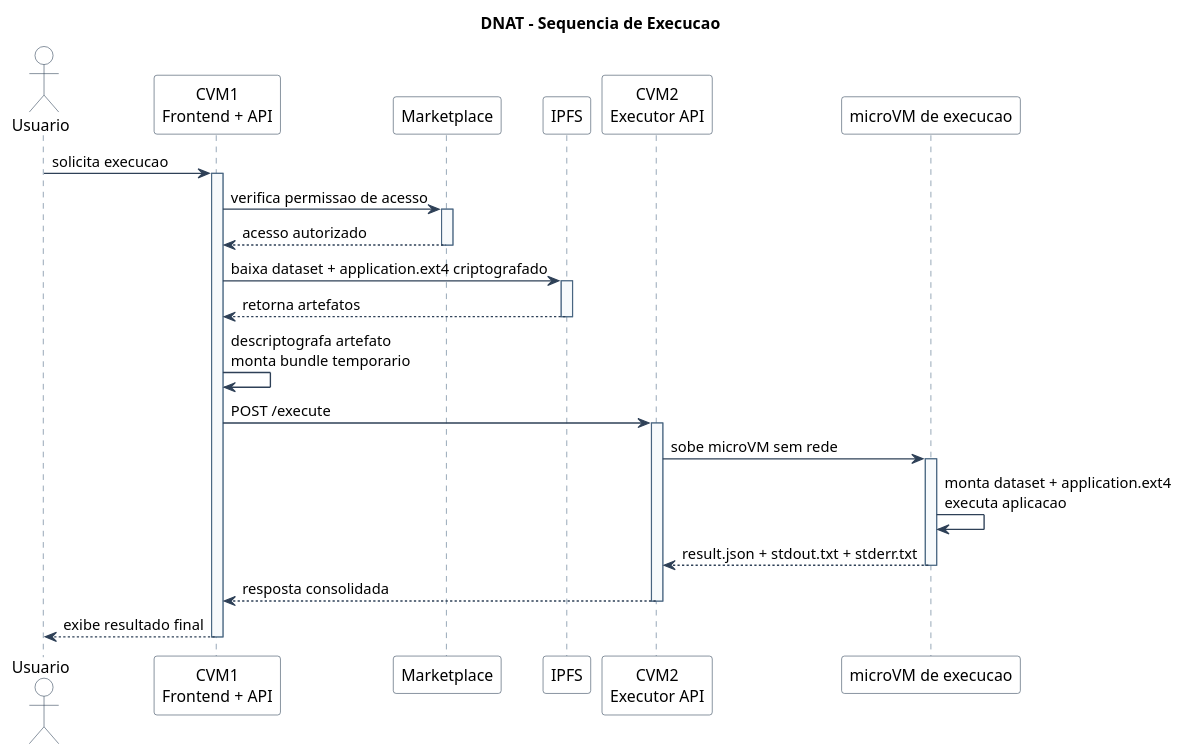
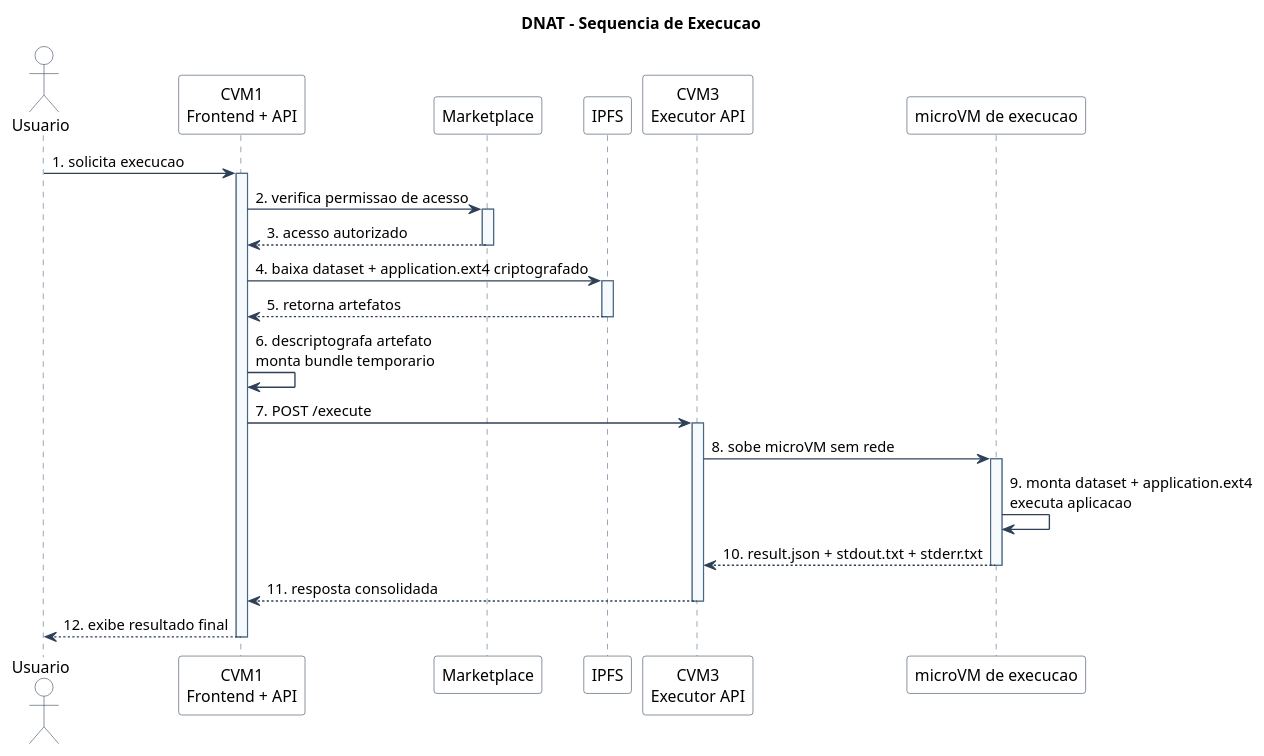
The diagram in docs/diagrams/execution-sequence.puml (lesorty/dnat-identity-validator), drawn with PlantUML before and after one commit. The commit also changed 6 other files, not shown here.

Commit message:
diagrams update

```diff
--- a/docs/diagrams/execution-sequence.puml
+++ b/docs/diagrams/execution-sequence.puml
@@ -1,48 +1,48 @@
 @startuml
 title DNAT - Sequencia de Execucao
 
 skinparam backgroundColor white
 skinparam shadowing false
 skinparam defaultFontName Arial
 skinparam ArrowColor #2E4057
 skinparam ArrowThickness 1.2
 skinparam sequence {
   LifeLineBorderColor #486581
   LifeLineBackgroundColor #F7FAFC
   ParticipantBorderColor #2E4057
   ParticipantBackgroundColor #FFFFFF
   ActorBorderColor #2E4057
   ActorBackgroundColor #FFFFFF
 }
 
 actor Usuario as U
 participant "CVM1\nFrontend + API" as C1
 participant "Marketplace" as M
 participant "IPFS" as I
-participant "CVM2\nExecutor API" as C2
+participant "CVM3\nExecutor API" as C3
 participant "microVM de execucao" as E
 
-U -> C1 : solicita execucao
+U -> C1 : 1. solicita execucao
 activate C1
-C1 -> M : verifica permissao de acesso
+C1 -> M : 2. verifica permissao de acesso
 activate M
-M --> C1 : acesso autorizado
+M --> C1 : 3. acesso autorizado
 deactivate M
-C1 -> I : baixa dataset + application.ext4 criptografado
+C1 -> I : 4. baixa dataset + application.ext4 criptografado
 activate I
-I --> C1 : retorna artefatos
+I --> C1 : 5. retorna artefatos
 deactivate I
-C1 -> C1 : descriptografa artefato\nmonta bundle temporario
-C1 -> C2 : POST /execute
-activate C2
-C2 -> E : sobe microVM sem rede
+C1 -> C1 : 6. descriptografa artefato\nmonta bundle temporario
+C1 -> C3 : 7. POST /execute
+activate C3
+C3 -> E : 8. sobe microVM sem rede
 activate E
-E -> E : monta dataset + application.ext4\nexecuta aplicacao
-E --> C2 : result.json + stdout.txt + stderr.txt
+E -> E : 9. monta dataset + application.ext4\nexecuta aplicacao
+E --> C3 : 10. result.json + stdout.txt + stderr.txt
 deactivate E
-C2 --> C1 : resposta consolidada
-deactivate C2
-C1 --> U : exibe resultado final
+C3 --> C1 : 11. resposta consolidada
+deactivate C3
+C1 --> U : 12. exibe resultado final
 deactivate C1
 
 @enduml
```
